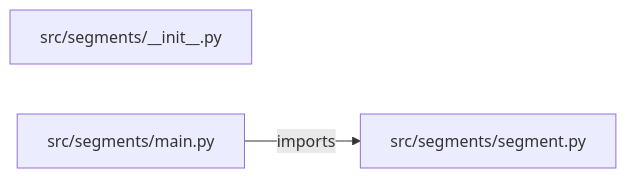
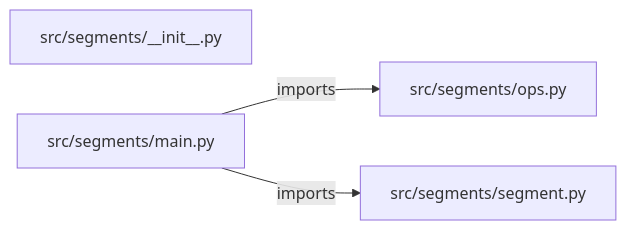
The diagram in PROJECT_ARCHITECTURE.md (iarsingh/customer-segmentation), drawn with Mermaid before and after one commit. The commit also changed other lines of this file and 2 other files, not shown here.

Commit message:
Refresh architecture and interview guides from current implementation

````diff
--- a/PROJECT_ARCHITECTURE.md
+++ b/PROJECT_ARCHITECTURE.md
@@ -13,7 +13,9 @@
 ```mermaid
 flowchart LR
     M0["src/segments/__init__.py"]
     M1["src/segments/main.py"]
-    M2["src/segments/segment.py"]
+    M2["src/segments/ops.py"]
+    M3["src/segments/segment.py"]
     M1 -->|imports| M2
+    M1 -->|imports| M3
 ```
````
